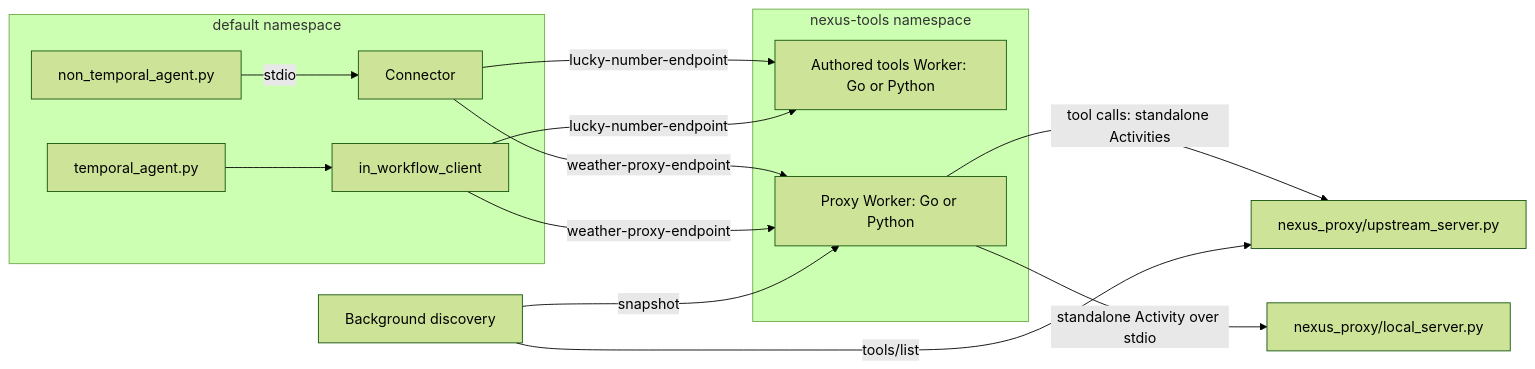
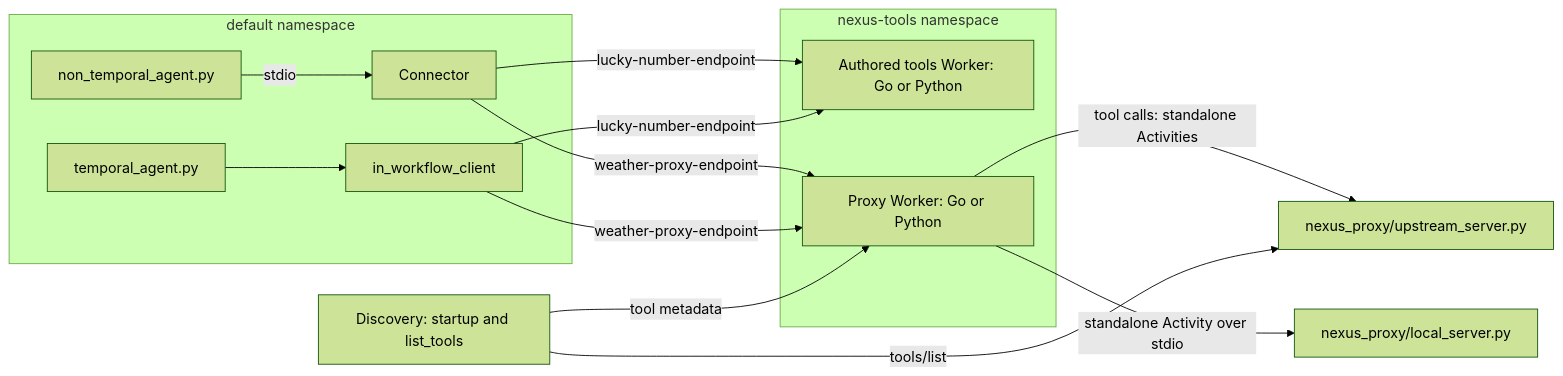
Before and after one commit to long-nt-tran/durable-mcp-connector: the first of 2 diagrams in examples/README.md, drawn with Mermaid (forest theme). The commit also changed other lines of this file and 22 other files, not shown here.

````diff
--- a/examples/README.md
+++ b/examples/README.md
@@ -51,20 +51,20 @@
 ```mermaid
 flowchart LR
   subgraph Default["default namespace"]
     NT["non_temporal_agent.py"] -->|"stdio"| K["Connector"]
     TA["temporal_agent.py"] --> A["in_workflow_client"]
   end
   subgraph tools["nexus-tools namespace"]
     S["Authored tools Worker: Go or Python"]
     P["Proxy Worker: Go or Python"]
   end
   U["nexus_proxy/upstream_server.py"]
   K -->|"lucky-number-endpoint"| S
   A -->|"lucky-number-endpoint"| S
   K -->|"weather-proxy-endpoint"| P
   A -->|"weather-proxy-endpoint"| P
   P -->|"tool calls: standalone Activities"| U
-  D["Background discovery"] -->|"tools/list"| U
-  D -->|"snapshot"| P
+  D["Discovery: startup and list_tools"] -->|"tools/list"| U
+  D -->|"tool metadata"| P
   P -->|"standalone Activity over stdio"| L["nexus_proxy/local_server.py"]
 ```
````
